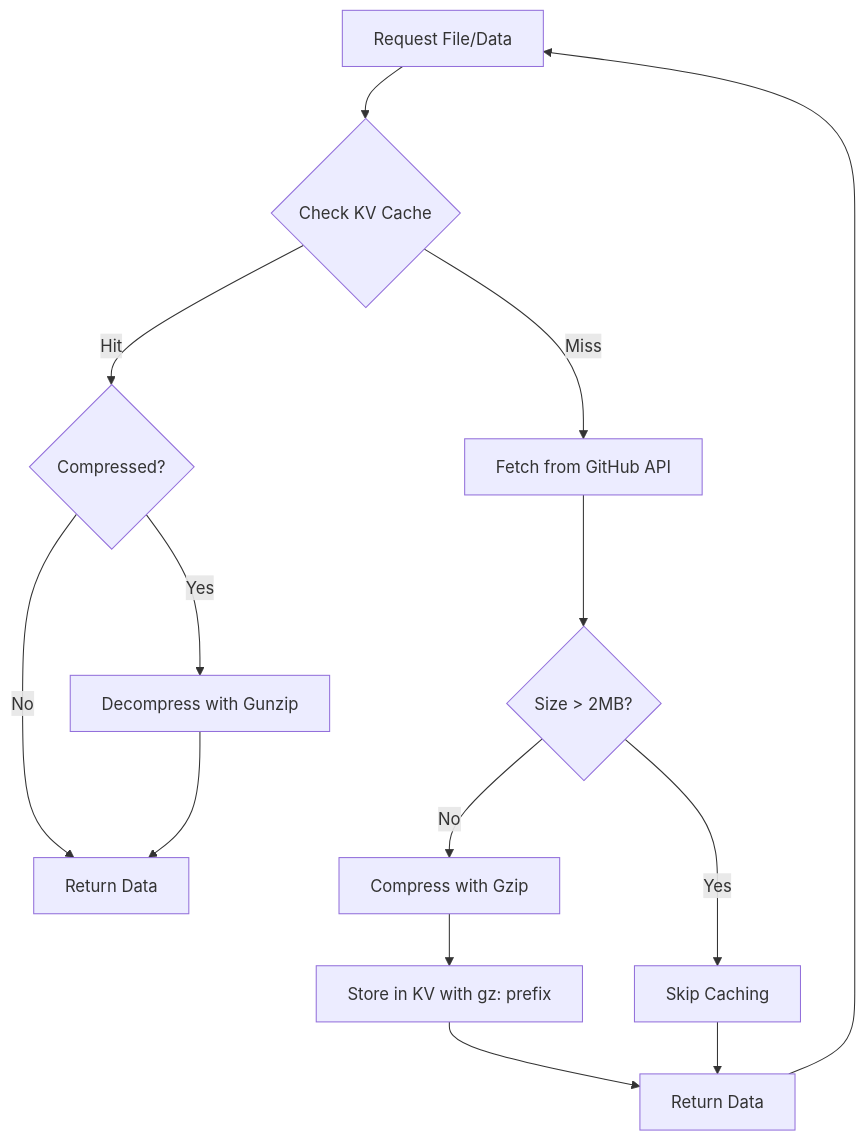
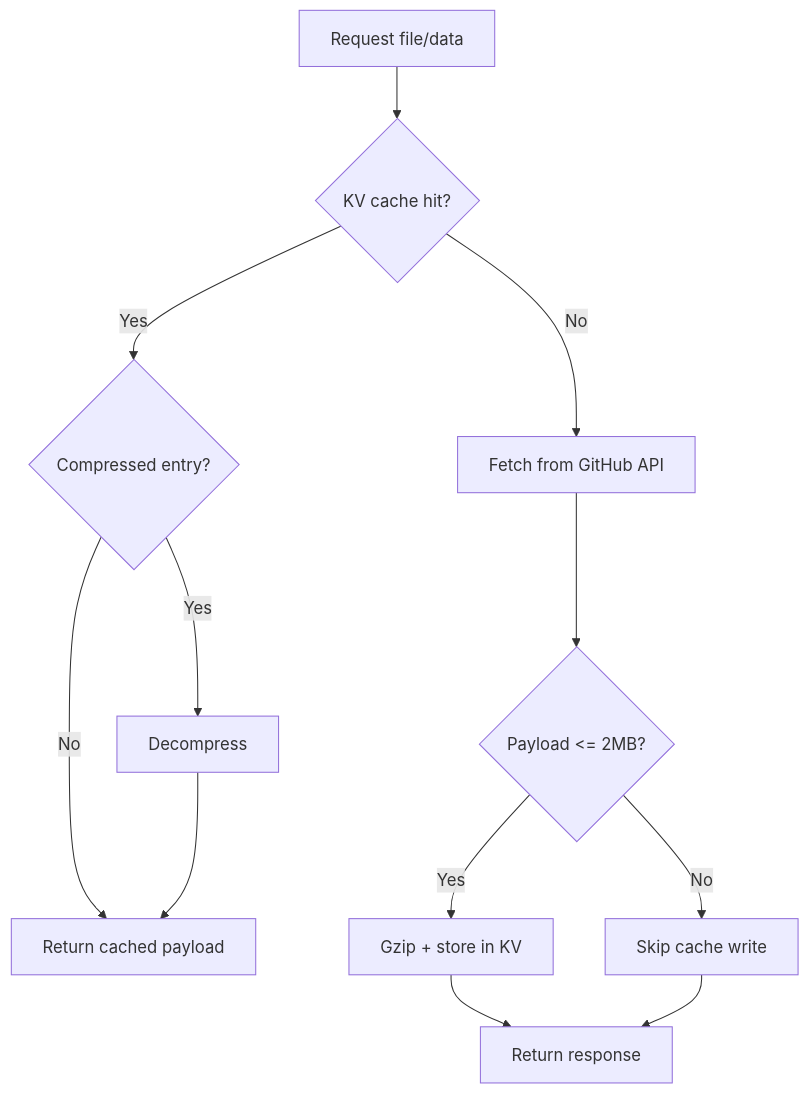
The second of 3 diagrams in README.md (syntax-syndicate/repomind), drawn with Mermaid before and after one commit. The commit also changed other lines of this file and 23 other files, not shown here.

````diff
--- a/README.md
+++ b/README.md
@@ -53,21 +74,14 @@
 ```mermaid
 graph TD
-    req[Request File/Data] --> kv{Check KV Cache}
-    
-    kv -->|Hit| checkComp{Compressed?}
-    checkComp -->|Yes| decomp[Decompress with Gunzip]
-    checkComp -->|No| ret1[Return Data]
-    decomp --> ret1
-    
-    kv -->|Miss| gh[Fetch from GitHub API]
-    gh --> checkSize{Size > 2MB?}
-    
-    checkSize -->|Yes| skip[Skip Caching]
-    checkSize -->|No| comp[Compress with Gzip]
-    
-    comp --> store[Store in KV with gz: prefix]
-    store --> ret2[Return Data]
-    skip --> ret2
-    
-    ret2 --> req
+    A[Request file/data] --> B{KV cache hit?}
+    B -->|Yes| C{Compressed entry?}
+    C -->|Yes| D[Decompress]
+    C -->|No| E[Return cached payload]
+    D --> E
+    B -->|No| F[Fetch from GitHub API]
+    F --> G{Payload <= 2MB?}
+    G -->|Yes| H[Gzip + store in KV]
+    G -->|No| I[Skip cache write]
+    H --> J[Return response]
+    I --> J
 ```
````
